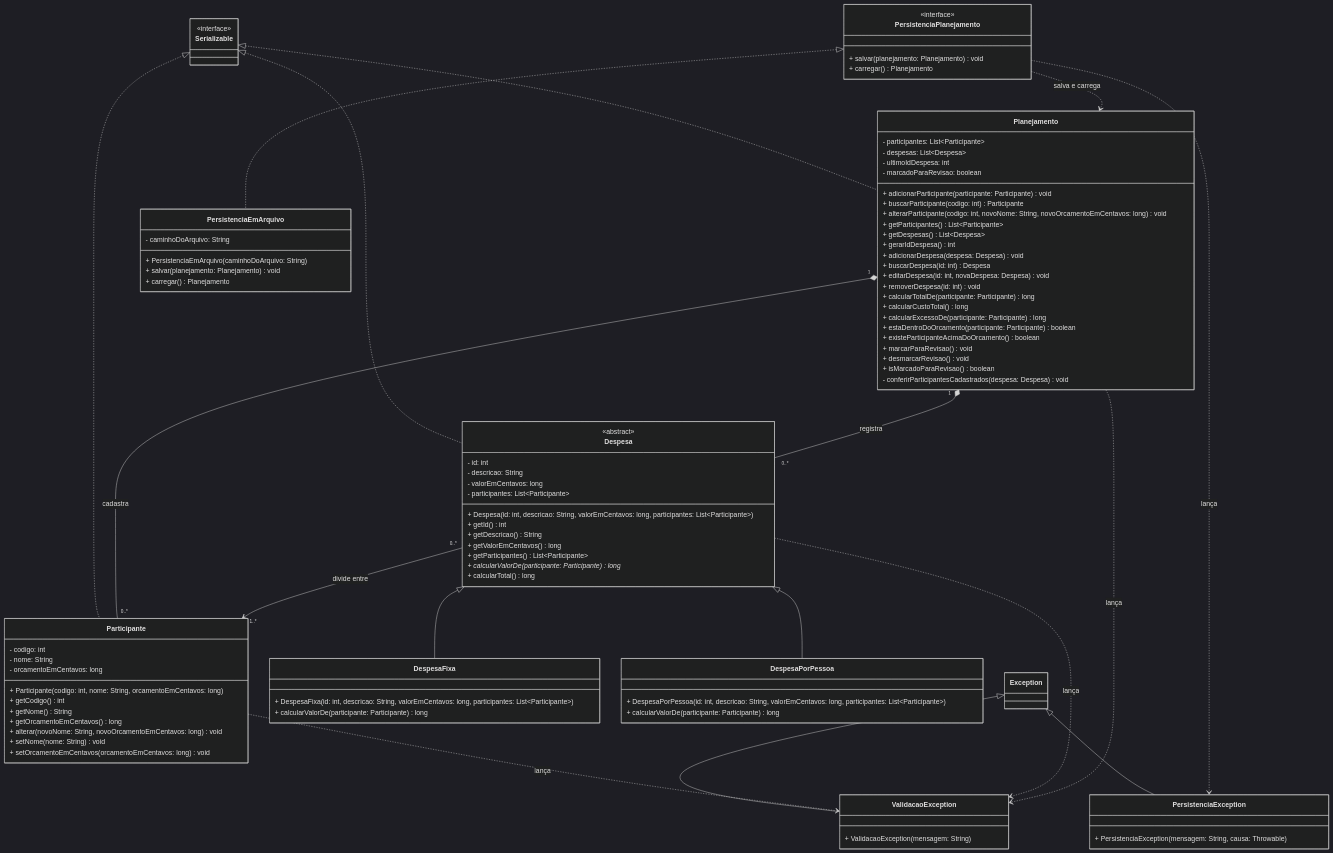
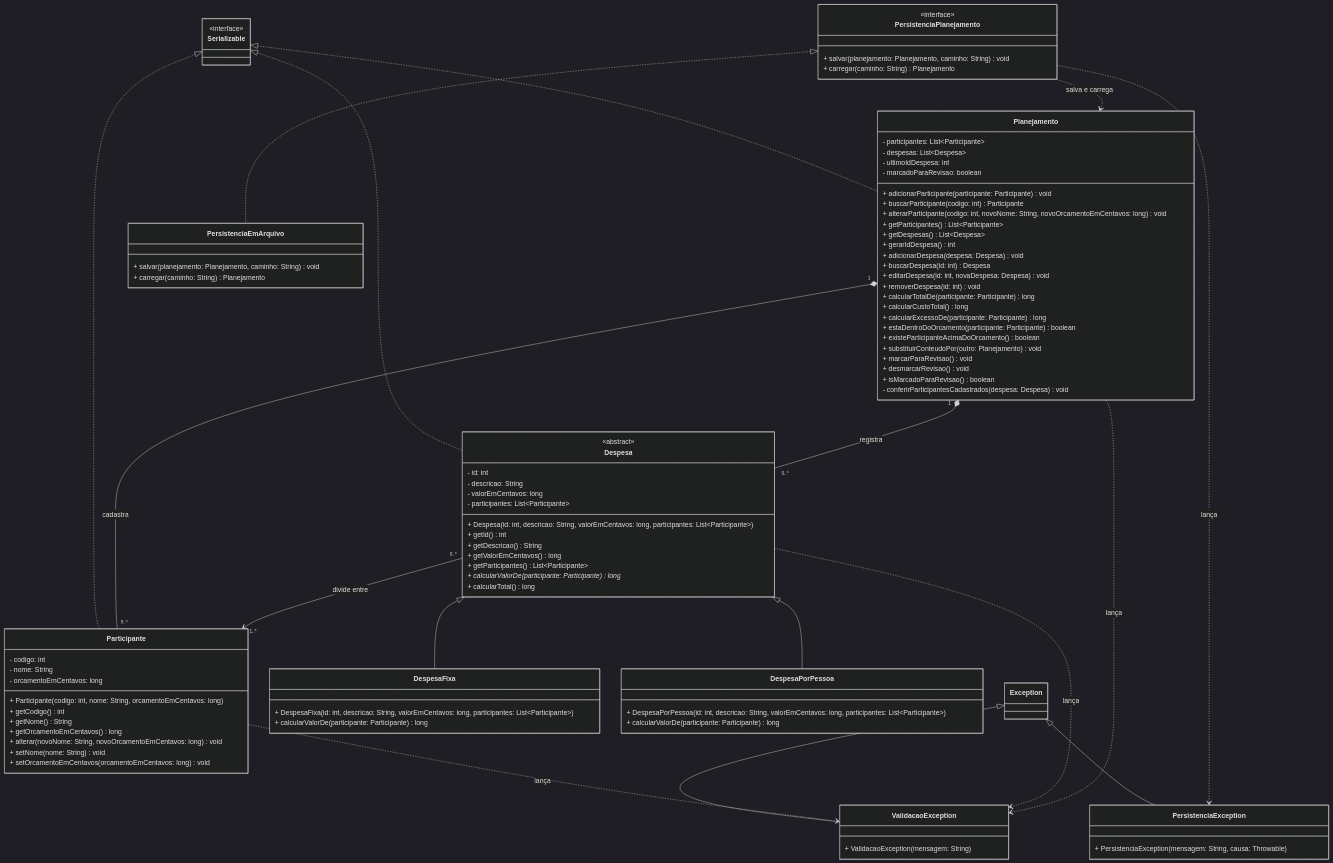
The diagram in docs/uml.md (samuelbatista/unifor-poo-gestor-financas), drawn with Mermaid (dark theme) before and after one commit. The commit also changed 4 other files, not shown here.

Commit message:
feat: persistência recebe o caminho e planejamento substitui conteúdo

```diff
--- a/docs/uml.md
+++ b/docs/uml.md
@@ -41,6 +41,7 @@
         + calcularExcessoDe(participante: Participante) long
         + estaDentroDoOrcamento(participante: Participante) boolean
         + existeParticipanteAcimaDoOrcamento() boolean
+        + substituirConteudoPor(outro: Planejamento) void
 
         %% Revisão do planejamento
         + marcarParaRevisao() void
@@ -117,17 +118,15 @@
         + calcularValorDe(participante: Participante) long
     }
     
-    class PersistenciaPlanejamento {
+        class PersistenciaPlanejamento {
         <<interface>>
-        + salvar(planejamento: Planejamento) void
-        + carregar() Planejamento
+        + salvar(planejamento: Planejamento, caminho: String) void
+        + carregar(caminho: String) Planejamento
     }
     
     class PersistenciaEmArquivo {
-        - caminhoDoArquivo: String
-        + PersistenciaEmArquivo(caminhoDoArquivo: String)
-        + salvar(planejamento: Planejamento) void
-        + carregar() Planejamento
+        + salvar(planejamento: Planejamento, caminho: String) void
+        + carregar(caminho: String) Planejamento
     }
     
     class PersistenciaException {
```
